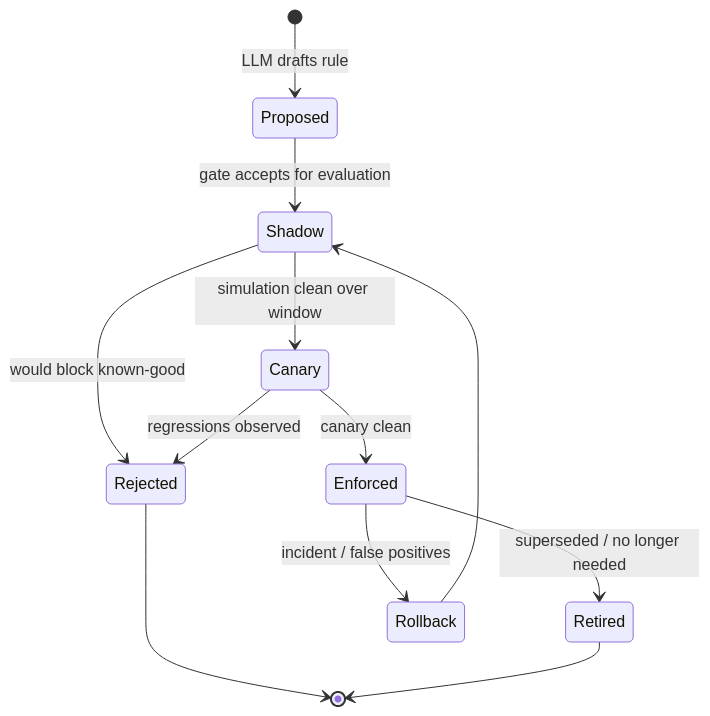
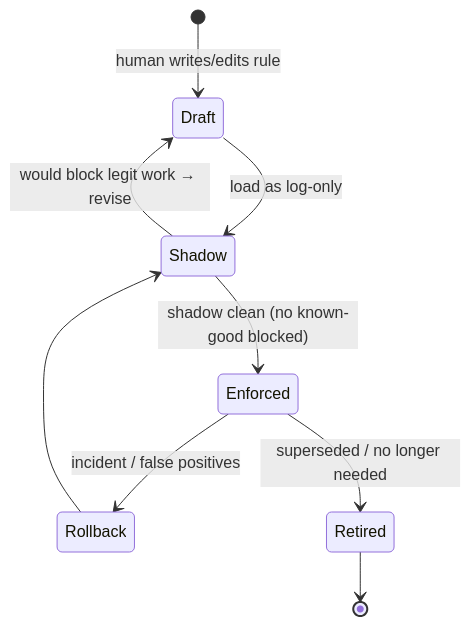
One commit to gr8pr1/ai-agent-validator changed the third of 3 diagrams in architecture.md. Above: the diagram before and after it, drawn with Mermaid. The commit also changed other lines of this file and 1 other file, not shown here.

First line of the commit message:
docs: reshape architecture.md to policy-strict v1

````diff
--- a/architecture.md
+++ b/architecture.md
@@ -452,14 +342,11 @@
 ```mermaid
 stateDiagram-v2
-    [*] --> Proposed: LLM drafts rule
-    Proposed --> Shadow: gate accepts for evaluation
-    Shadow --> Canary: simulation clean over window
-    Shadow --> Rejected: would block known-good
-    Canary --> Enforced: canary clean
-    Canary --> Rejected: regressions observed
-    Enforced --> Retired: superseded / no longer needed
-    Rejected --> [*]
-    Retired --> [*]
+    [*] --> Draft: human writes/edits rule
+    Draft --> Shadow: load as log-only
+    Shadow --> Enforced: shadow clean (no known-good blocked)
+    Shadow --> Draft: would block legit work → revise
     Enforced --> Rollback: incident / false positives
     Rollback --> Shadow
+    Enforced --> Retired: superseded / no longer needed
+    Retired --> [*]
 ```
````
